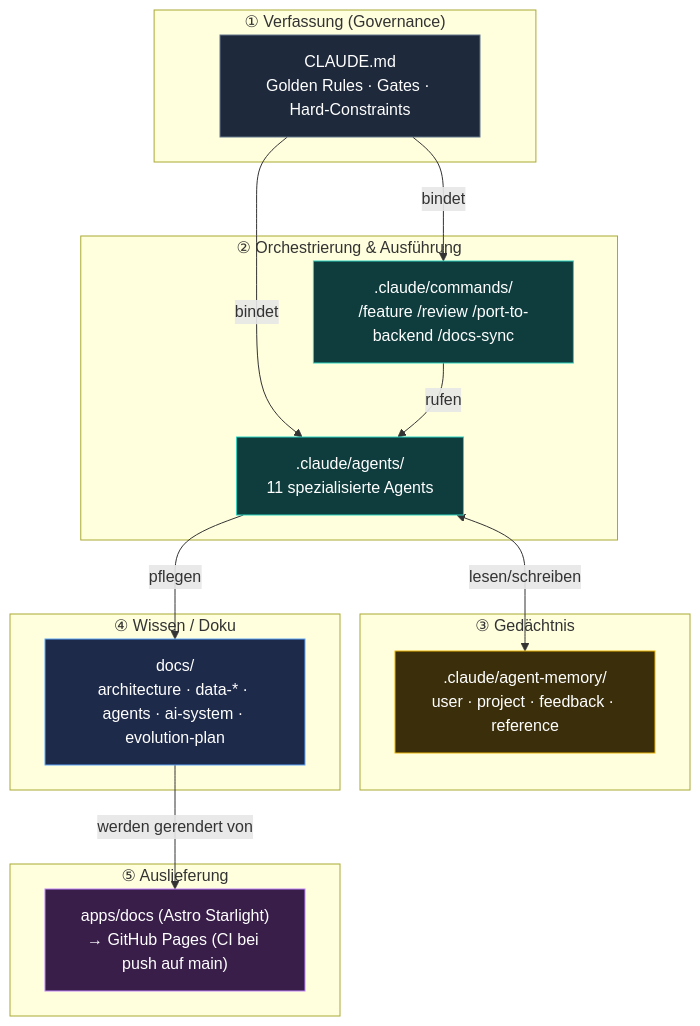
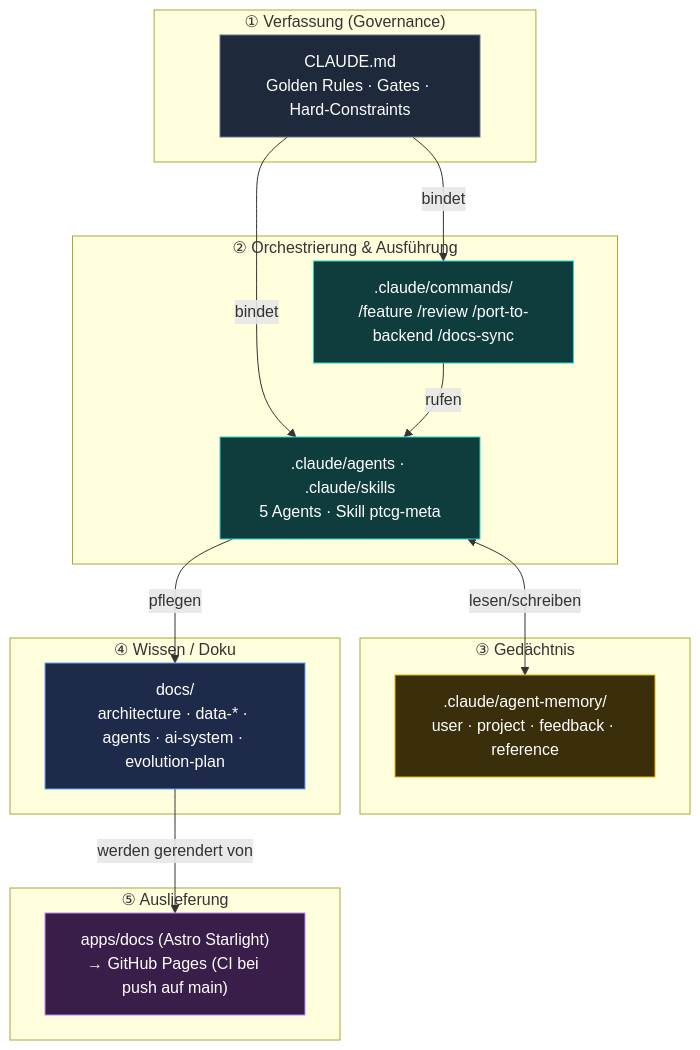
Before and after one commit to konradthiemann/Pokekon: the first of 6 diagrams in docs/ai-system.md, drawn with Mermaid. The commit also changed other lines of this file and 31 other files, not shown here.

First line of the commit message:
chore(agents): replace role agents with on-demand ptcg-meta skill

````diff
--- a/docs/ai-system.md
+++ b/docs/ai-system.md
@@ -19,37 +19,37 @@
 ```mermaid
 flowchart TB
     subgraph L1["①  Verfassung (Governance)"]
         CLAUDE["CLAUDE.md<br/>Golden Rules · Gates · Hard-Constraints"]
     end
     subgraph L2["②  Orchestrierung & Ausführung"]
-        AGENTS[".claude/agents/<br/>11 spezialisierte Agents"]
+        AGENTS[".claude/agents · .claude/skills<br/>5 Agents · Skill ptcg-meta"]
         COMMANDS[".claude/commands/<br/>/feature /review /port-to-backend /docs-sync"]
     end
     subgraph L3["③  Gedächtnis"]
         MEM[".claude/agent-memory/<br/>user · project · feedback · reference"]
     end
     subgraph L4["④  Wissen / Doku"]
         DOCS["docs/<br/>architecture · data-* · agents · ai-system · evolution-plan"]
     end
     subgraph L5["⑤  Auslieferung"]
         STARLIGHT["apps/docs (Astro Starlight)<br/>→ GitHub Pages (CI bei push auf main)"]
     end
 
     CLAUDE -->|bindet| AGENTS
     CLAUDE -->|bindet| COMMANDS
     COMMANDS -->|rufen| AGENTS
     AGENTS <-->|lesen/schreiben| MEM
     AGENTS -->|pflegen| DOCS
     DOCS -->|werden gerendert von| STARLIGHT
 
     classDef gov fill:#1e293b,stroke:#64748b,color:#fff;
     classDef exec fill:#0f3d3e,stroke:#2dd4bf,color:#fff;
     classDef mem fill:#3b2f0b,stroke:#eab308,color:#fff;
     classDef doc fill:#1e2a4a,stroke:#60a5fa,color:#fff;
     classDef ship fill:#3a1e4a,stroke:#c084fc,color:#fff;
     class CLAUDE gov;
     class AGENTS,COMMANDS exec;
     class MEM mem;
     class DOCS doc;
     class STARLIGHT ship;
 ```
````
